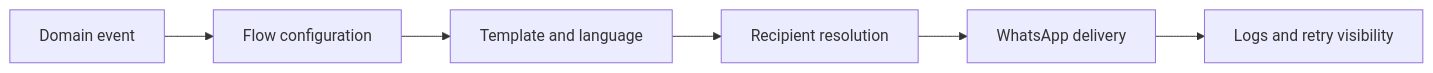
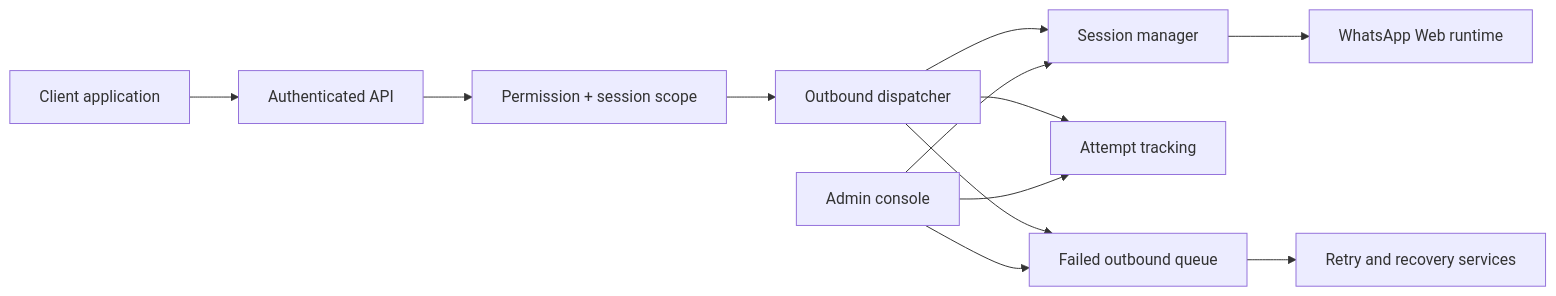
The diagram in projects/whatsapp-bot.md (saidoarici/portfolio), drawn with Mermaid before and after one commit. The commit also changed other lines of this file and 30 other files, not shown here.

````diff
--- a/projects/whatsapp-bot.md
+++ b/projects/whatsapp-bot.md
@@ -23,8 +63,14 @@
 ```mermaid
 flowchart LR
-  A[Domain event] --> B[Flow configuration]
-  B --> C[Template and language]
-  C --> D[Recipient resolution]
-  D --> E[WhatsApp delivery]
-  E --> F[Logs and retry visibility]
+  A[Client application] --> B[Authenticated API]
+  B --> C[Permission + session scope]
+  C --> D[Outbound dispatcher]
+  D --> E[Session manager]
+  E --> F[WhatsApp Web runtime]
+  D --> G[Attempt tracking]
+  D --> H[Failed outbound queue]
+  H --> I[Retry and recovery services]
+  J[Admin console] --> E
+  J --> G
+  J --> H
 ```
````
